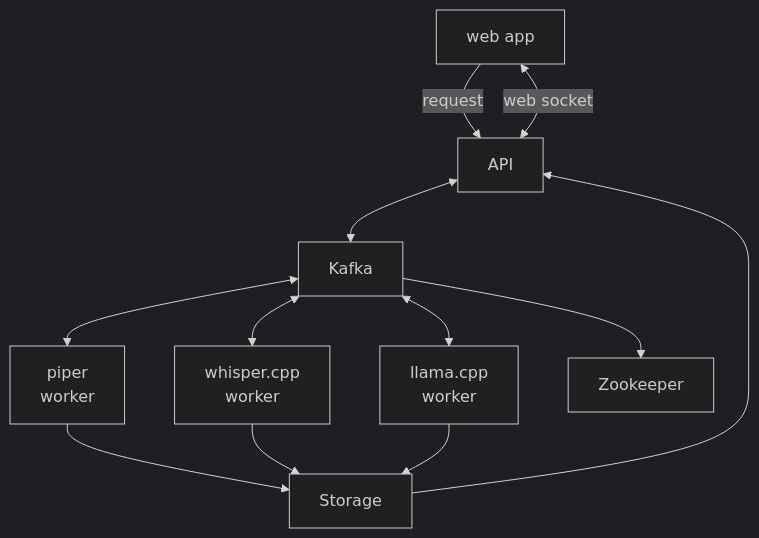
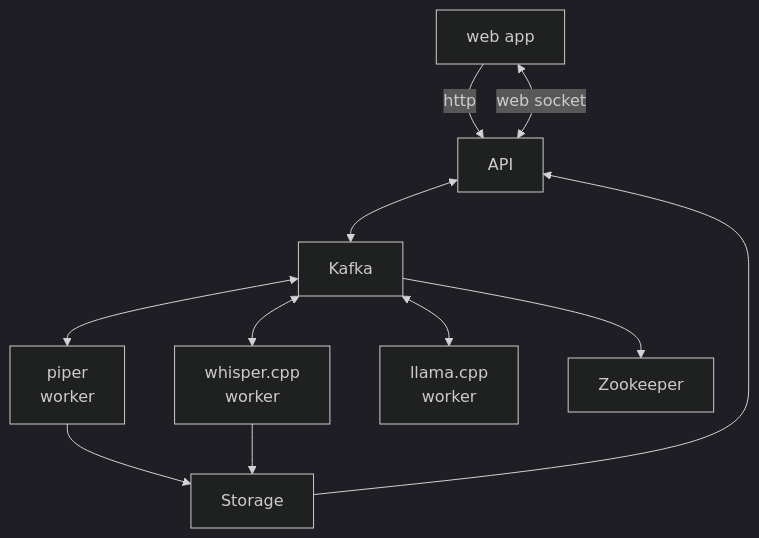
The diagram in README.md (rudolfolah/metatron), drawn with Mermaid (dark theme) before and after one commit. The commit also changed other lines of this file, not shown here.

````diff
--- a/README.md
+++ b/README.md
@@ -59,14 +37,13 @@
 ```mermaid
 graph TD
     A[API] <--> K[Kafka]
     S[Storage] --> A
     K <--> W_piper[piper\nworker]
     K <--> W_whisper[whisper.cpp\nworker]
     K <--> W_llama[llama.cpp\nworker]
-    Web[web app] --request--> A
+    Web[web app] --http--> A
     Web <--web socket--> A
     K --> Z[Zookeeper]
     W_piper --> S
     W_whisper --> S
-    W_llama --> S
 ```
````
